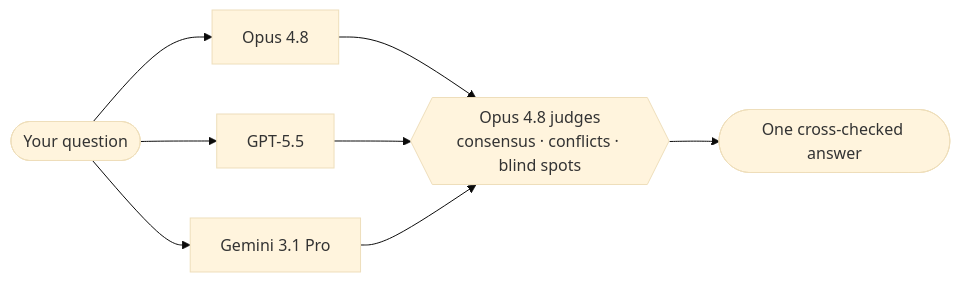
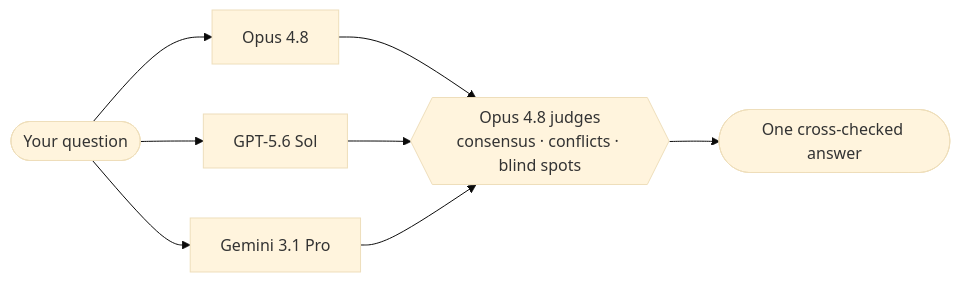
One commit to raydocs/fusion-deck changed the first of 2 diagrams in README.md. Above: the diagram before and after it, drawn with Mermaid (base theme). The commit also changed other lines of this file and 12 other files, not shown here.

First line of the commit message:
Panel upgrade: GPT-5.5 → GPT-5.6 Sol (label-only, codex default still trusted)

````diff
--- a/README.md
+++ b/README.md
@@ -32,10 +32,10 @@
 ```mermaid
 flowchart LR
     Q(["Your question"]) --> O["Opus 4.8"]
-    Q --> G["GPT-5.5"]
+    Q --> G["GPT-5.6 Sol"]
     Q --> M["Gemini 3.1 Pro"]
     O --> J{{"Opus 4.8 judges<br/>consensus · conflicts · blind spots"}}
     G --> J
     M --> J
     J --> R(["One cross-checked answer"])
 ```
````
